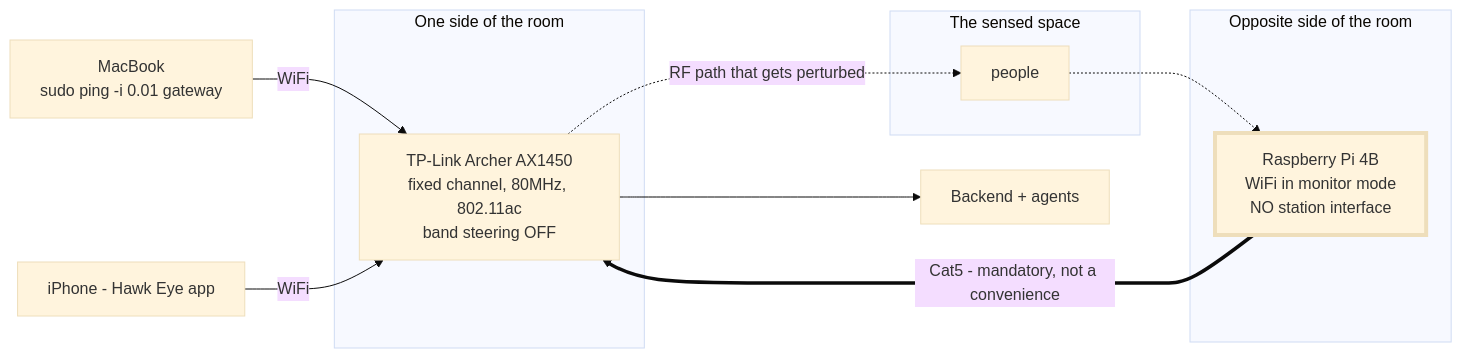
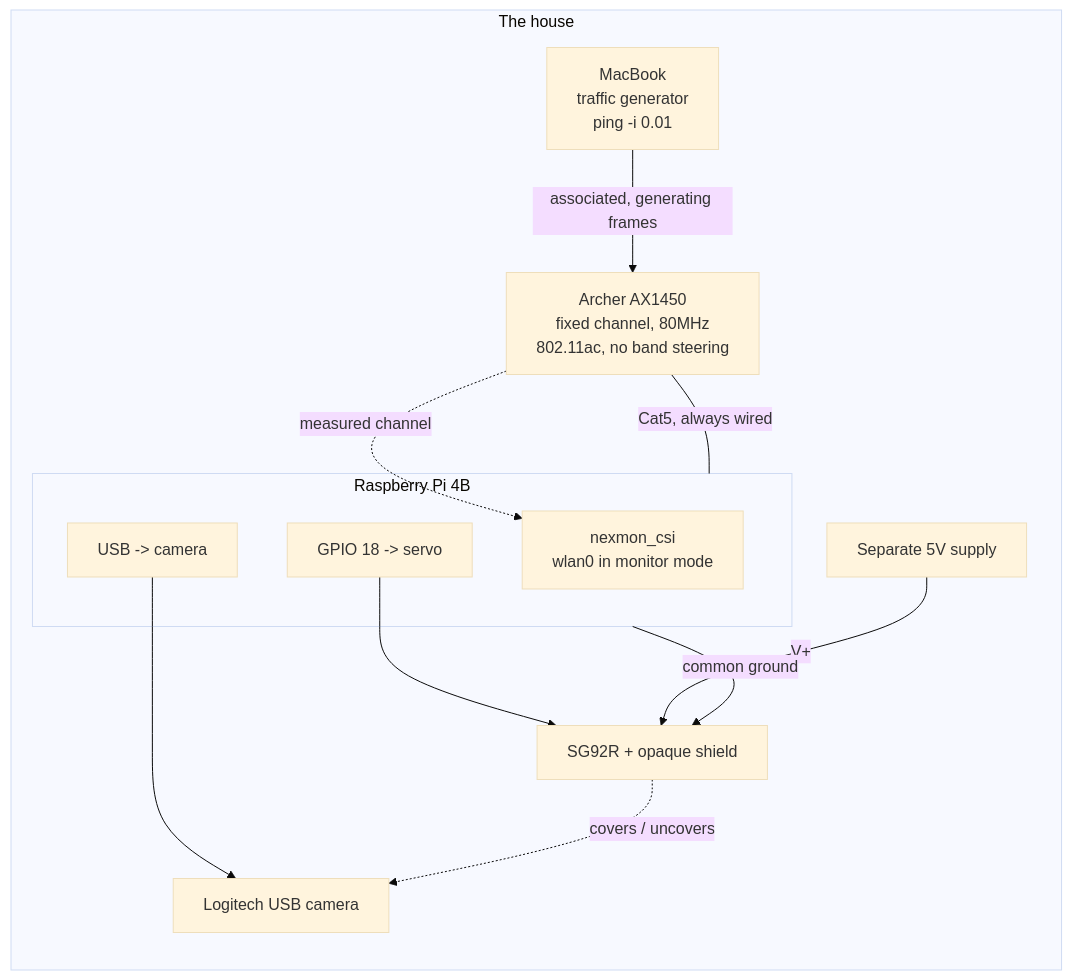
One commit to cayden-h/Radar changed the fifth of 6 diagrams in docs/architecture-diagrams.md. Above: the diagram before and after it, drawn with Mermaid (base theme). The commit also changed other lines of this file and 26 other files, not shown here.

````diff
--- a/docs/architecture-diagrams.md
+++ b/docs/architecture-diagrams.md
@@ -158,22 +133,24 @@
 ```mermaid
 flowchart LR
-    subgraph LEFT["One side of the room"]
-      R["TP-Link Archer AX1450<br/>fixed channel, 80MHz, 802.11ac<br/>band steering OFF"]
-    end
-    subgraph MID["The sensed space"]
-      H1["people"]
-    end
-    subgraph RIGHT["Opposite side of the room"]
-      P["Raspberry Pi 4B<br/>WiFi in monitor mode<br/>NO station interface"]
+    subgraph house[The house]
+      router[Archer AX1450<br/>fixed channel, 80MHz<br/>802.11ac, no band steering]
+      mac[MacBook<br/>traffic generator<br/>ping -i 0.01]
+      subgraph pibox[Raspberry Pi 4B]
+        csi[nexmon_csi<br/>wlan0 in monitor mode]
+        gpio[GPIO 18 -> servo]
+        usb[USB -> camera]
+      end
+      servo[SG92R + opaque shield]
+      cam[Logitech USB camera]
+      psu[Separate 5V supply]
     end
 
-    R -.->|"RF path that gets perturbed"| H1
-    H1 -.-> P
-    P ==>|"Cat5 - mandatory, not a convenience"| R
-    M["MacBook<br/>sudo ping -i 0.01 gateway"] -->|WiFi| R
-    I["iPhone - Hawk Eye app"] -->|WiFi| R
-    R --> BE["Backend + agents"]
-
-    classDef wire stroke-width:4px
-    class P wire
+    router -.->|measured channel| csi
+    mac -->|associated, generating frames| router
+    router ---|Cat5, always wired| pibox
+    gpio --> servo
+    usb --> cam
+    psu -->|V+| servo
+    pibox -->|common ground| servo
+    servo -.->|covers / uncovers| cam
 ```
````
